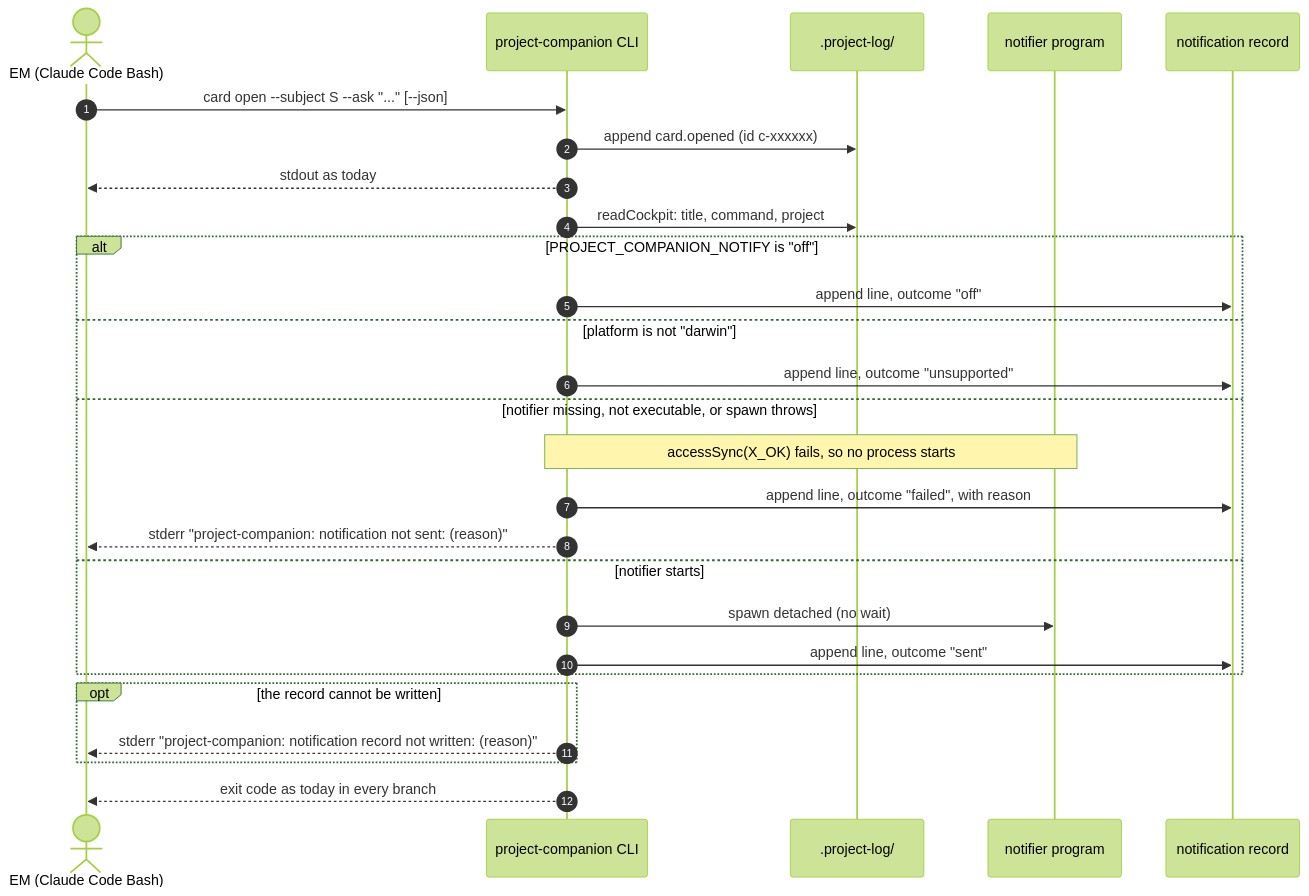
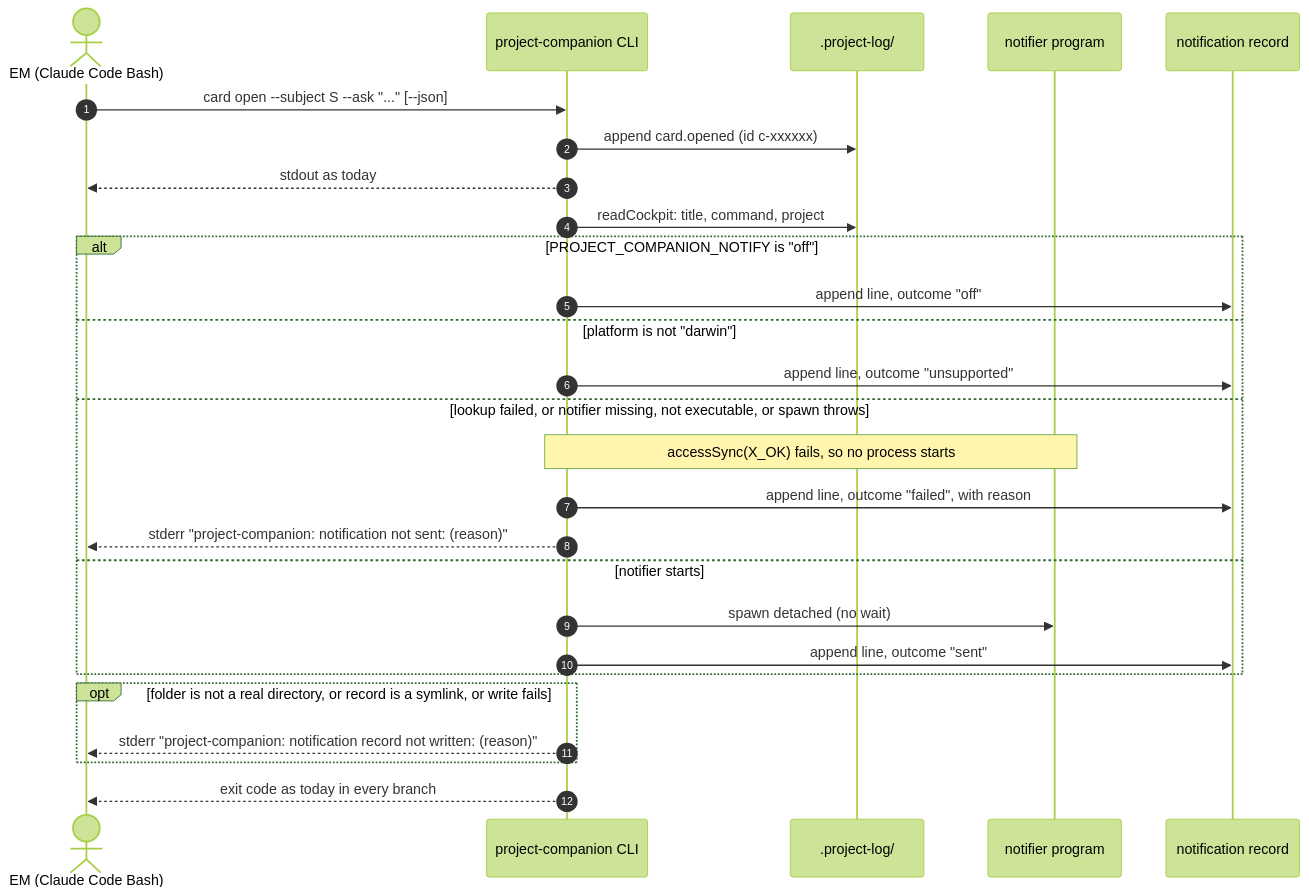
One commit to QuantumWars/project-companion changed the fifth of 5 diagrams in specs/decision-alerts/design.md. Above: the diagram before and after it, drawn with Mermaid (forest theme). The commit also changed other lines of this file and 2 other files, not shown here.

````diff
--- a/specs/decision-alerts/design.md
+++ b/specs/decision-alerts/design.md
@@ -170,29 +186,29 @@
 ```mermaid
 sequenceDiagram
     autonumber
     actor EM as EM (Claude Code Bash)
     participant CLI as project-companion CLI
     participant LOG as .project-log/
     participant N as notifier program
     participant REC as notification record
     EM->>CLI: card open --subject S --ask "..." [--json]
     CLI->>LOG: append card.opened (id c-xxxxxx)
     CLI-->>EM: stdout as today
     CLI->>LOG: readCockpit: title, command, project
     alt PROJECT_COMPANION_NOTIFY is "off"
         CLI->>REC: append line, outcome "off"
     else platform is not "darwin"
         CLI->>REC: append line, outcome "unsupported"
-    else notifier missing, not executable, or spawn throws
+    else lookup failed, or notifier missing, not executable, or spawn throws
         Note over CLI,N: accessSync(X_OK) fails, so no process starts
         CLI->>REC: append line, outcome "failed", with reason
         CLI-->>EM: stderr "project-companion: notification not sent: (reason)"
     else notifier starts
         CLI->>N: spawn detached (no wait)
         CLI->>REC: append line, outcome "sent"
     end
-    opt the record cannot be written
+    opt folder is not a real directory, or record is a symlink, or write fails
         CLI-->>EM: stderr "project-companion: notification record not written: (reason)"
     end
     CLI-->>EM: exit code as today in every branch
 ```
````
